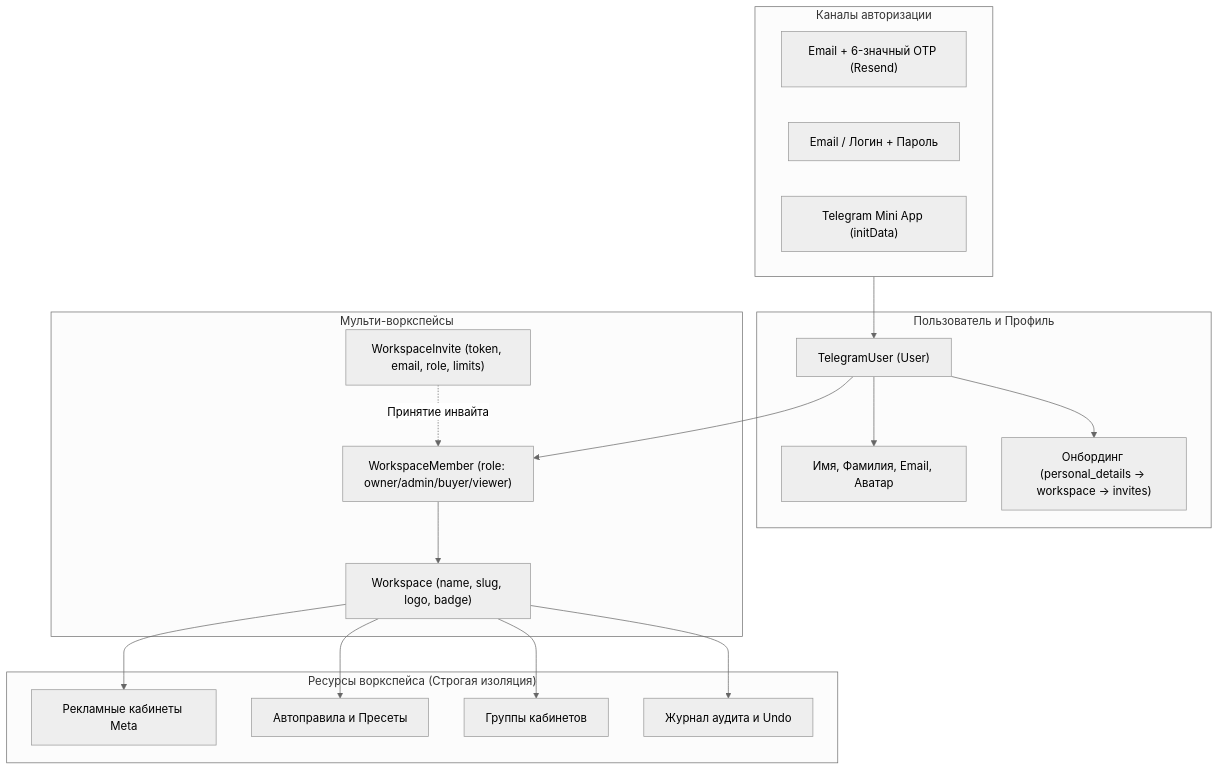
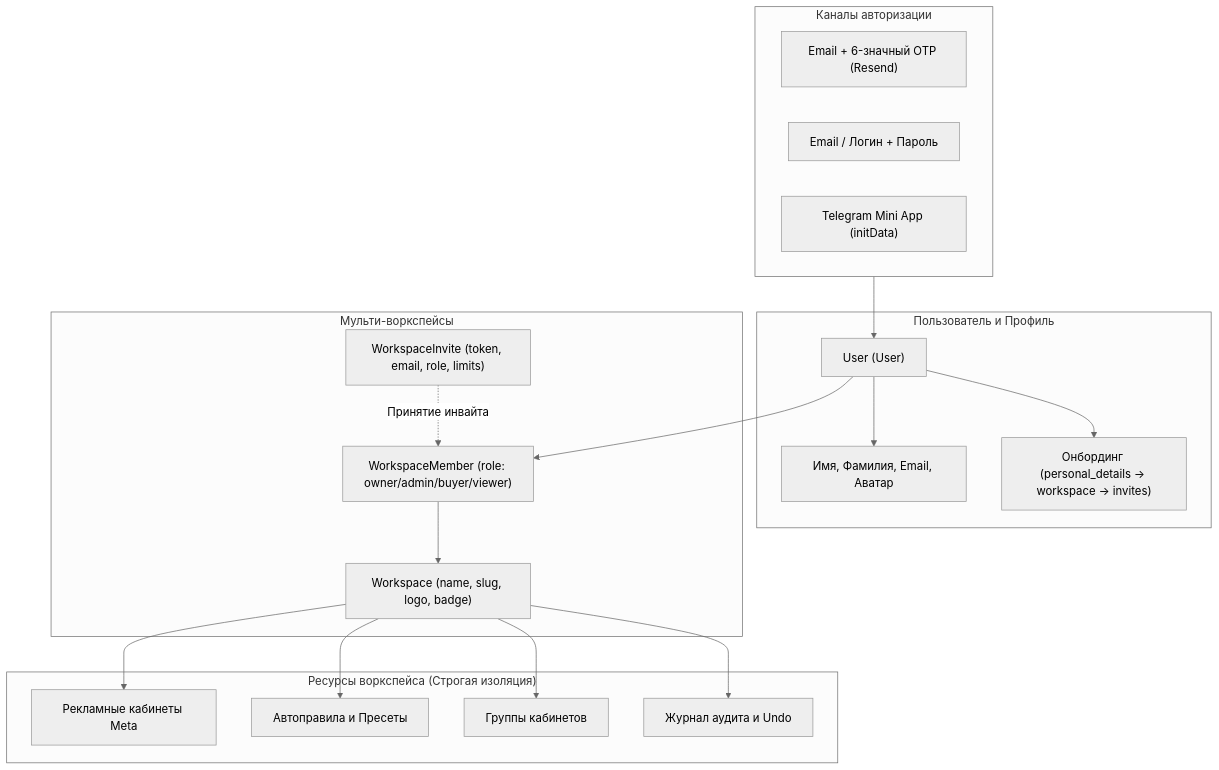
One commit to NPSolid-pixel/buyerly changed the first of 2 diagrams in docs/WORKSPACES_AUTH_AND_INVITES.md. Above: the diagram before and after it, drawn with Mermaid (neutral theme). The commit also changed other lines of this file and 29 other files, not shown here.

Commit message:
refactor: rename TelegramUser to User and table telegram_users to users

````diff
--- a/docs/WORKSPACES_AUTH_AND_INVITES.md
+++ b/docs/WORKSPACES_AUTH_AND_INVITES.md
@@ -14,38 +14,38 @@
 ```mermaid
 flowchart TD
     subgraph Auth["Каналы авторизации"]
         OTP["Email + 6-значный OTP (Resend)"]
         PWD["Email / Логин + Пароль"]
         TMA["Telegram Mini App (initData)"]
     end
 
     subgraph User["Пользователь и Профиль"]
-        TU["TelegramUser (User)"]
+        TU["User (User)"]
         Prof["Имя, Фамилия, Email, Аватар"]
         Onb["Онбординг (personal_details -> workspace -> invites)"]
     end
 
     subgraph Workspaces["Мульти-воркспейсы"]
         WS["Workspace (name, slug, logo, badge)"]
         WM["WorkspaceMember (role: owner/admin/buyer/viewer)"]
         WI["WorkspaceInvite (token, email, role, limits)"]
     end
 
     subgraph Resources["Ресурсы воркспейса (Строгая изоляция)"]
         ACC["Рекламные кабинеты Meta"]
         RUL["Автоправила и Пресеты"]
         GRP["Группы кабинетов"]
         AUD["Журнал аудита и Undo"]
     end
 
     Auth --> TU
     TU --> Prof
     TU --> Onb
     TU --> WM
     WM --> WS
     WI -. Принятие инвайта .-> WM
     WS --> ACC
     WS --> RUL
     WS --> GRP
     WS --> AUD
 ```
````
